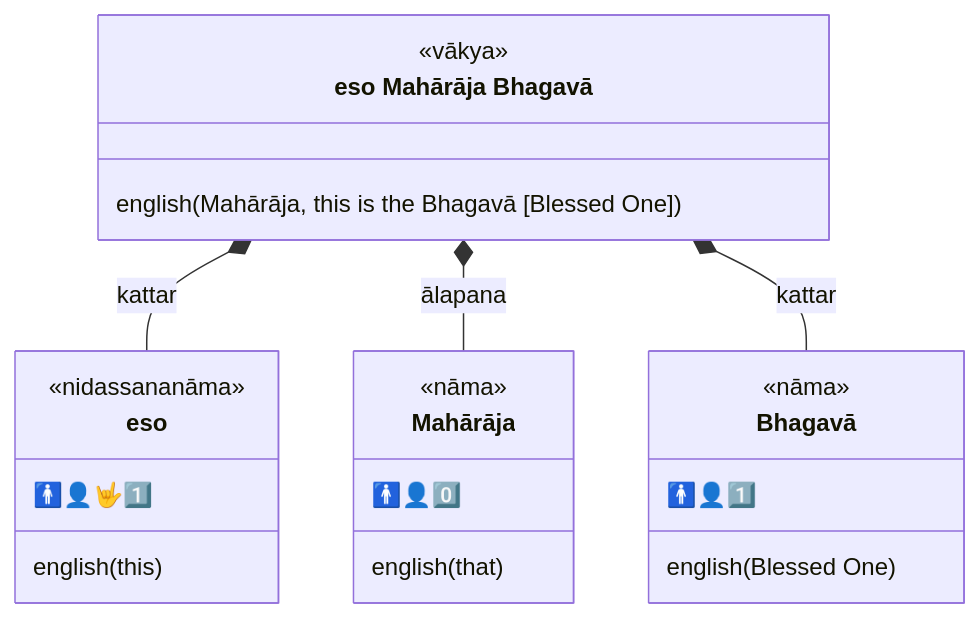
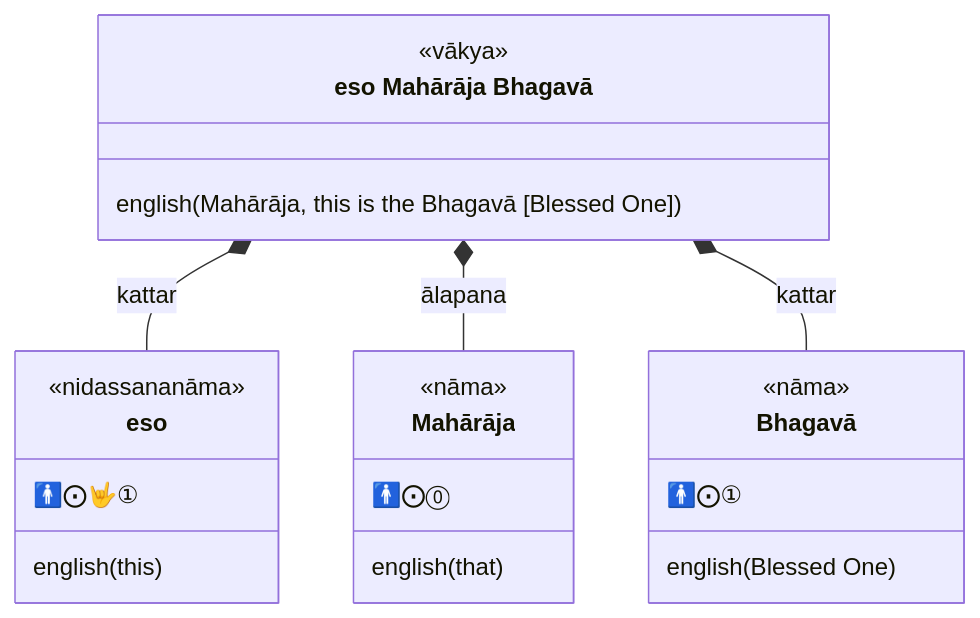
Diagram 12 of 60 in content/en/docs/Pali/sentences.md (ChristineTham/buddhavacana), drawn with Mermaid before and after one commit. The commit also changed other lines of this file and 71 other files, not shown here.

````diff
--- a/content/en/docs/Pali/sentences.md
+++ b/content/en/docs/Pali/sentences.md
@@ -415,25 +415,25 @@
 ```mermaid
 classDiagram
   class sentence["eso Mahārāja Bhagavā"] {
     <<vākya>>
     english(Mahārāja, this is the Bhagavā [Blessed One])
   }
   class eso {
     <<nidassananāma>>
-    🚹👤🤟1️⃣
+    🚹⨀🤟①
     english(this)
   }
   class Mahārāja {
     <<nāma>>
-    🚹👤0️⃣
+    🚹⨀⓪
     english(that)
   }
   class Bhagavā {
     <<nāma>>
-    🚹👤1️⃣
+    🚹⨀①
     english(Blessed One)
   }
   sentence *-- eso : kattar
   sentence *-- Mahārāja : ālapana
   sentence *-- Bhagavā : kattar
 ```
````
